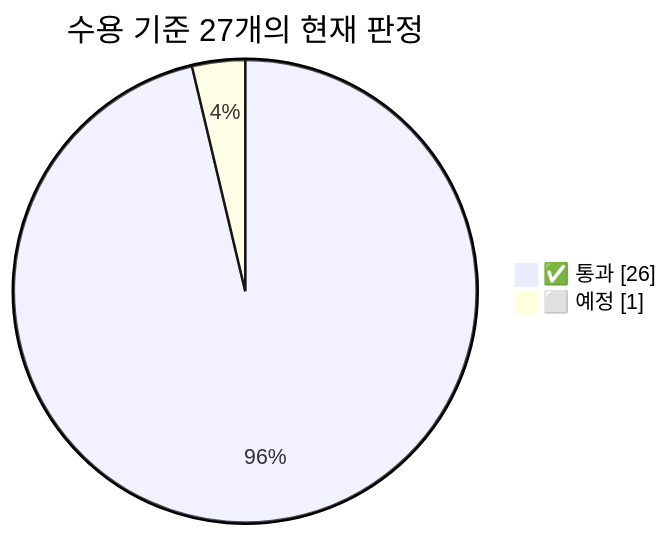
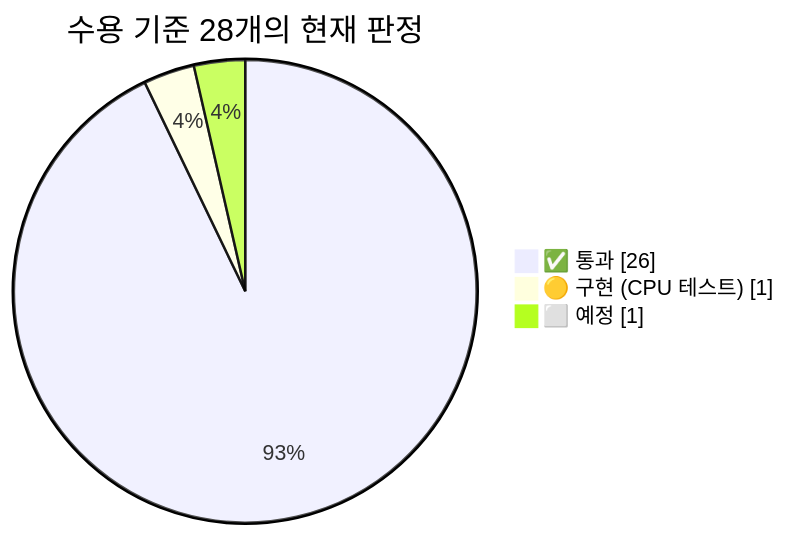
The fourth of 6 diagrams in docs/SPEC.md (Youngmin17/TriCast), drawn with Mermaid before and after one commit. The commit also changed other lines of this file and 2 other files, not shown here.

First line of the commit message:
docs: add the architecture, AC28 and a usage guide

````diff
--- a/docs/SPEC.md
+++ b/docs/SPEC.md
@@ -455,6 +456,7 @@
 ```mermaid
 pie showData
-    title 수용 기준 27개의 현재 판정
+    title 수용 기준 28개의 현재 판정
     "✅ 통과" : 26
+    "🟡 구현 (CPU 테스트)" : 1
     "⬜ 예정" : 1
 ```
````
